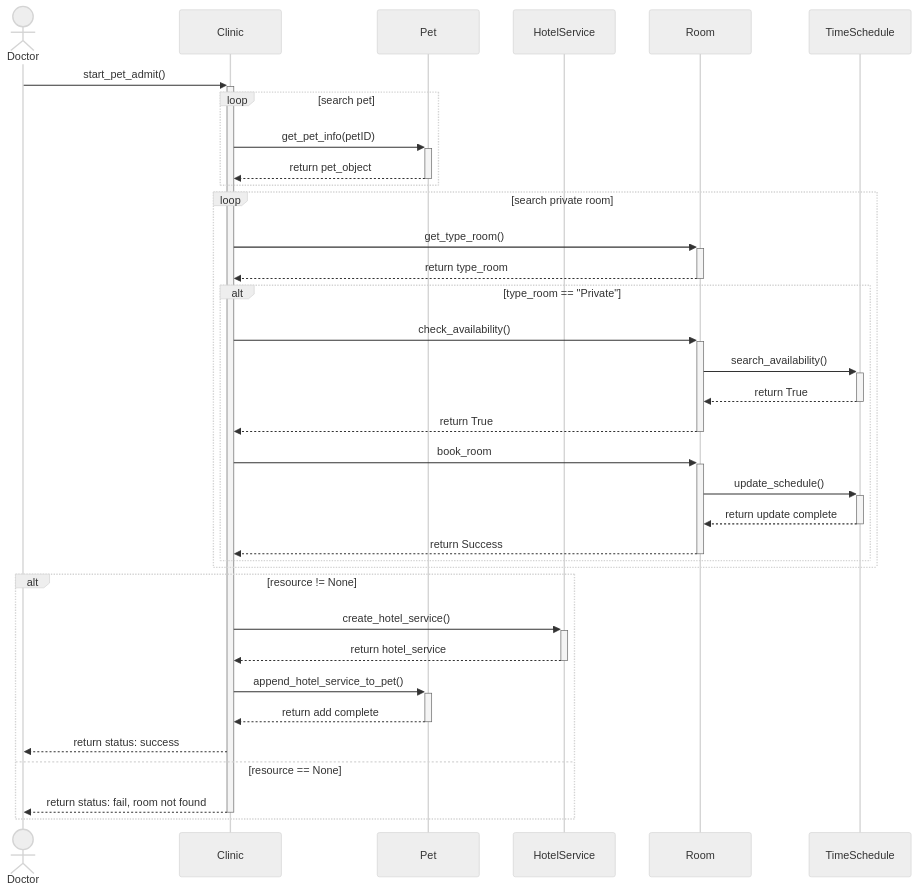
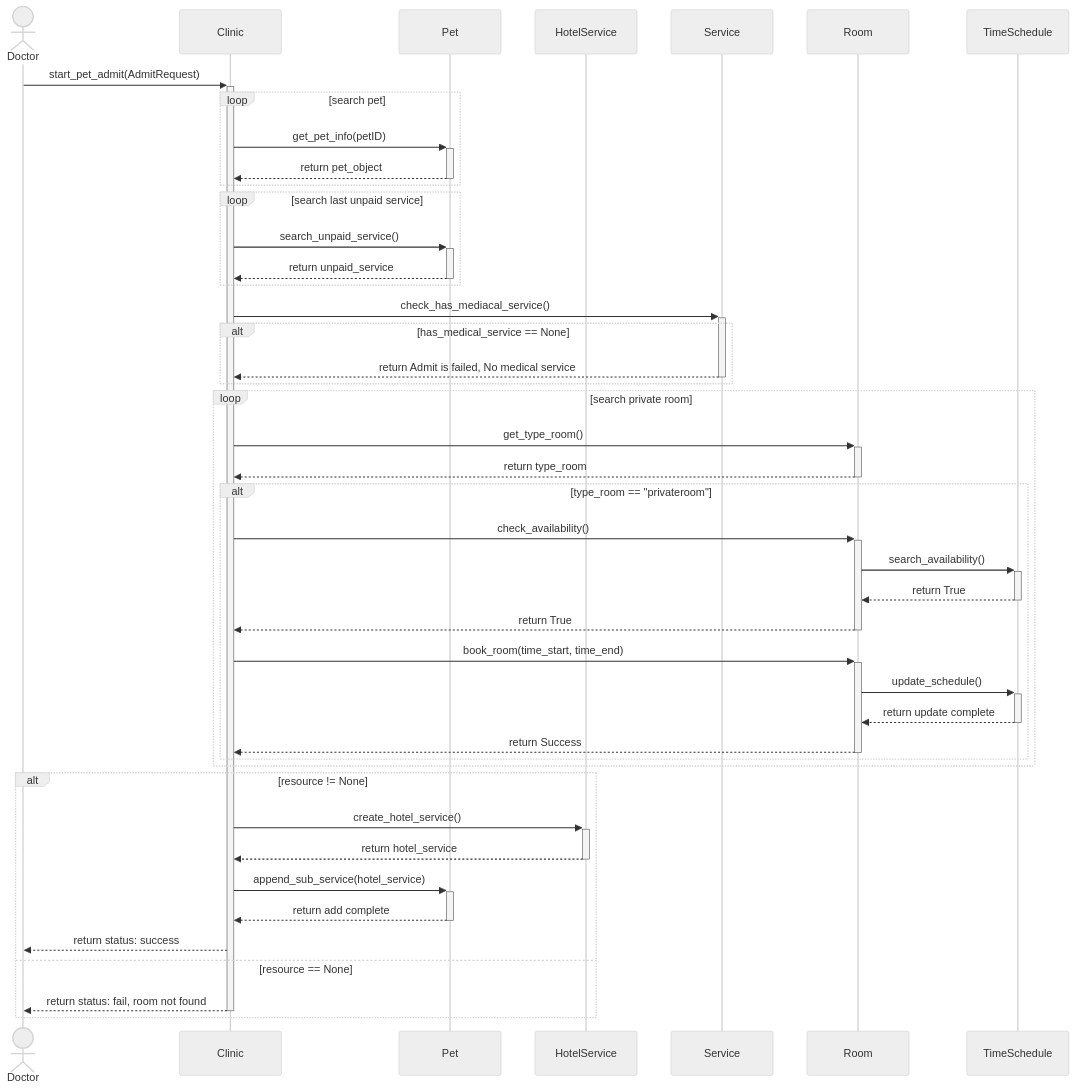
One commit to HiruKub/OOP-PROJECT_BASECODE changed the diagram in SequenceDiagram/pet_admit.mmd. Above: the diagram before and after it, drawn with Mermaid (neutral theme).

Commit message:
refactor: update pet admission sequence diagram with AdmitRequest and service handling

```diff
--- a/SequenceDiagram/pet_admit.mmd
+++ b/SequenceDiagram/pet_admit.mmd
@@ -1,38 +1,49 @@
 sequenceDiagram
     actor Doctor
     participant Clinic
     %% participant DoctorClass
     participant Pet
     participant HotelService
 
-    Doctor->>+Clinic: start_pet_admit()
+    Doctor->>+Clinic: start_pet_admit(AdmitRequest)
 
     loop search pet
     Clinic->>+Pet: get_pet_info(petID)
     Pet-->>-Clinic: return pet_object
     end
 
+    loop search last unpaid service 
+        Clinic->>+Pet: search_unpaid_service()
+        Pet-->>-Clinic: return unpaid_service
+    end
+
+    Clinic ->>+ Service: check_has_mediacal_service()
+
+    alt has_medical_service == None
+        Service -->>- Clinic: return Admit is failed, No medical service
+    end
+
     loop search private room
     Clinic->>+Room: get_type_room()
         Room-->>-Clinic: return type_room
-        alt type_room == "Private"
+        alt type_room == "privateroom"
             Clinic->>+Room: check_availability()
             Room->>+TimeSchedule: search_availability()
             TimeSchedule -->>- Room: return True
             Room-->>-Clinic: return True
-            Clinic->>+Room: book_room
+            Clinic->>+Room: book_room(time_start, time_end)
             Room->>+TimeSchedule: update_schedule()
             TimeSchedule-->>-Room: return update complete
             Room -->>-Clinic: return Success
         end
     end
 
     alt resource != None
         Clinic->>+HotelService: create_hotel_service()
         HotelService -->>- Clinic: return hotel_service
-        Clinic->>+Pet: append_hotel_service_to_pet()
+        Clinic->>+Pet: append_sub_service(hotel_service)
         Pet-->>-Clinic: return add complete
         Clinic-->>Doctor: return status: success
     else resource == None
         Clinic-->>-Doctor: return status: fail, room not found
     end
```
